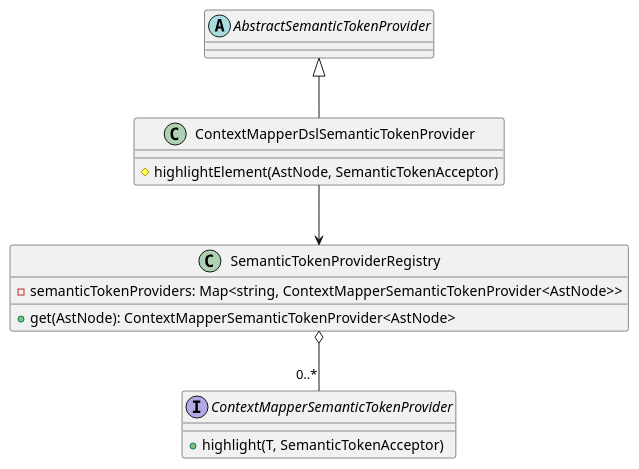
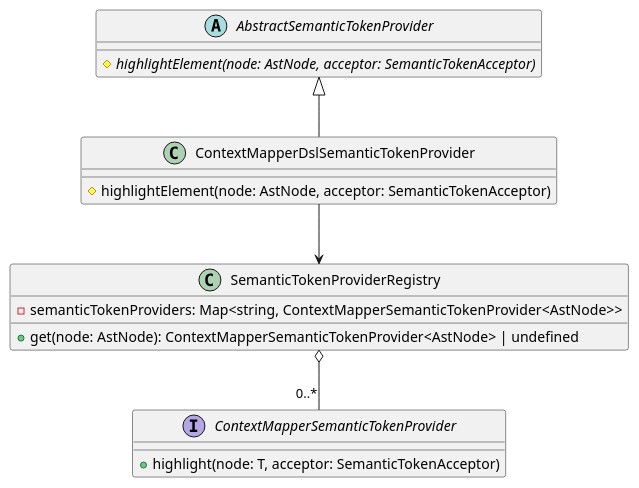
One commit to ContextMapper/context-mapper-language-server changed the diagram in docs/class_semantic_tokens.puml. Above: the diagram before and after it, drawn with PlantUML. The commit also changed 3 other files, not shown here.

Commit message:
update class diagrams

```diff
--- a/docs/class_semantic_tokens.puml
+++ b/docs/class_semantic_tokens.puml
@@ -1,20 +1,22 @@
 @startuml
-abstract class AbstractSemanticTokenProvider
+abstract class AbstractSemanticTokenProvider {
+{abstract} # highlightElement(node: AstNode, acceptor: SemanticTokenAcceptor)
+}
 
 class ContextMapperDslSemanticTokenProvider {
-# highlightElement(AstNode, SemanticTokenAcceptor)
+# highlightElement(node: AstNode, acceptor: SemanticTokenAcceptor)
 }
 
 class SemanticTokenProviderRegistry {
 - semanticTokenProviders: Map<string, ContextMapperSemanticTokenProvider<AstNode>>
-+ get(AstNode): ContextMapperSemanticTokenProvider<AstNode>
++ get(node: AstNode): ContextMapperSemanticTokenProvider<AstNode> | undefined
 }
 
 interface ContextMapperSemanticTokenProvider {
-+ highlight(T, SemanticTokenAcceptor)
++ highlight(node: T, acceptor: SemanticTokenAcceptor)
 }
 
 AbstractSemanticTokenProvider <|-- ContextMapperDslSemanticTokenProvider
 ContextMapperDslSemanticTokenProvider --> SemanticTokenProviderRegistry
 SemanticTokenProviderRegistry o-- "0..*" ContextMapperSemanticTokenProvider
 @enduml
```
